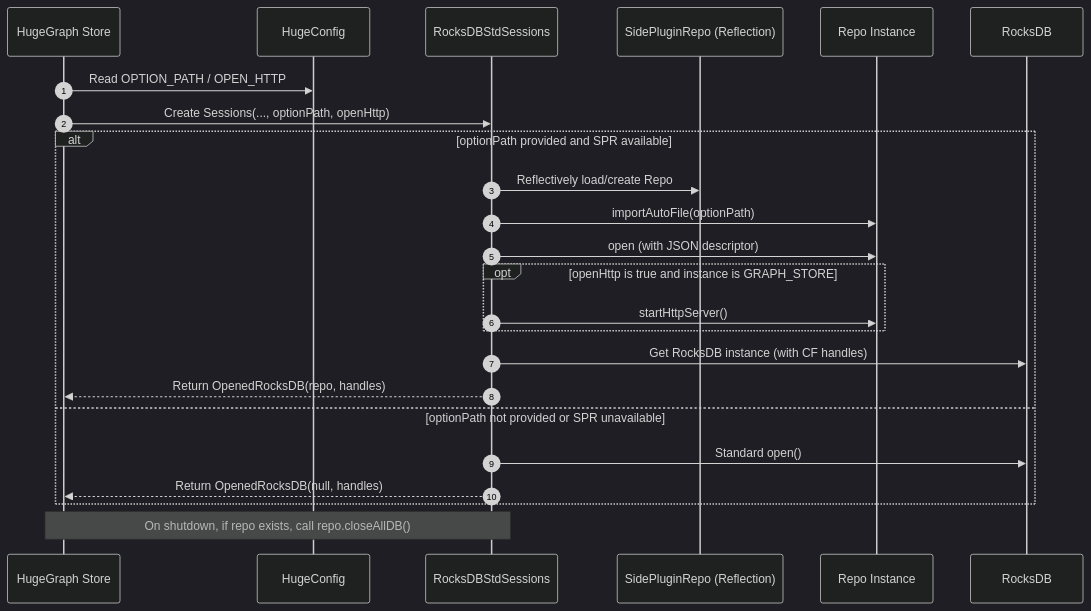
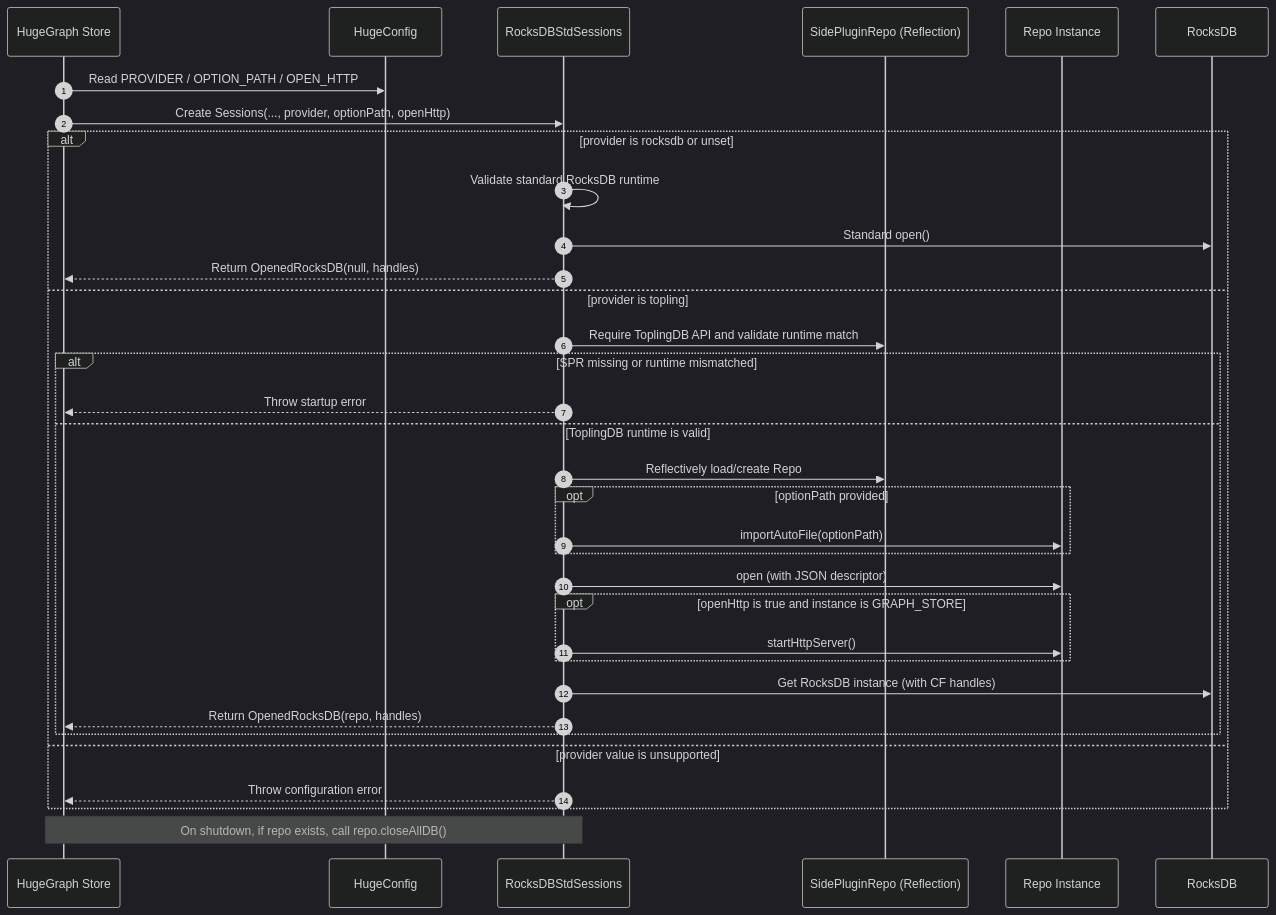
One commit to hugegraph/hugegraph changed the second of 4 diagrams in .specs/hugegraph-server/ToplingDB/design.md. Above: the diagram before and after it, drawn with Mermaid (dark theme). The commit also changed other lines of this file and 18 other files, not shown here.

````diff
--- a/.specs/hugegraph-server/ToplingDB/design.md
+++ b/.specs/hugegraph-server/ToplingDB/design.md
@@ -45,27 +78,37 @@
 ```mermaid
 sequenceDiagram
   autonumber
   participant Store as HugeGraph Store
   participant Config as HugeConfig
   participant Sessions as RocksDBStdSessions
   participant SPR as SidePluginRepo (Reflection)
   participant Repo as Repo Instance
   participant Rocks as RocksDB
 
-  Store->>Config: Read OPTION_PATH / OPEN_HTTP
-  Store->>Sessions: Create Sessions(..., optionPath, openHttp)
-  alt optionPath provided and SPR available
-    Sessions->>SPR: Reflectively load/create Repo
-    Sessions->>Repo: importAutoFile(optionPath)
-    Sessions->>Repo: open (with JSON descriptor)
-    opt openHttp is true and instance is GRAPH_STORE
-      Sessions->>Repo: startHttpServer()
-    end
-    Sessions->>Rocks: Get RocksDB instance (with CF handles)
-    Sessions-->>Store: Return OpenedRocksDB(repo, handles)
-  else optionPath not provided or SPR unavailable
+  Store->>Config: Read PROVIDER / OPTION_PATH / OPEN_HTTP
+  Store->>Sessions: Create Sessions(..., provider, optionPath, openHttp)
+  alt provider is rocksdb or unset
+    Sessions->>Sessions: Validate standard RocksDB runtime
     Sessions->>Rocks: Standard open()
     Sessions-->>Store: Return OpenedRocksDB(null, handles)
+  else provider is topling
+    Sessions->>SPR: Require ToplingDB API and validate runtime match
+    alt SPR missing or runtime mismatched
+      Sessions-->>Store: Throw startup error
+    else ToplingDB runtime is valid
+      Sessions->>SPR: Reflectively load/create Repo
+      opt optionPath provided
+        Sessions->>Repo: importAutoFile(optionPath)
+      end
+      Sessions->>Repo: open (with JSON descriptor)
+      opt openHttp is true and instance is GRAPH_STORE
+        Sessions->>Repo: startHttpServer()
+      end
+      Sessions->>Rocks: Get RocksDB instance (with CF handles)
+      Sessions-->>Store: Return OpenedRocksDB(repo, handles)
+    end
+  else provider value is unsupported
+    Sessions-->>Store: Throw configuration error
   end
   note over Store,Sessions: On shutdown, if repo exists, call repo.closeAllDB()
 ```
````
